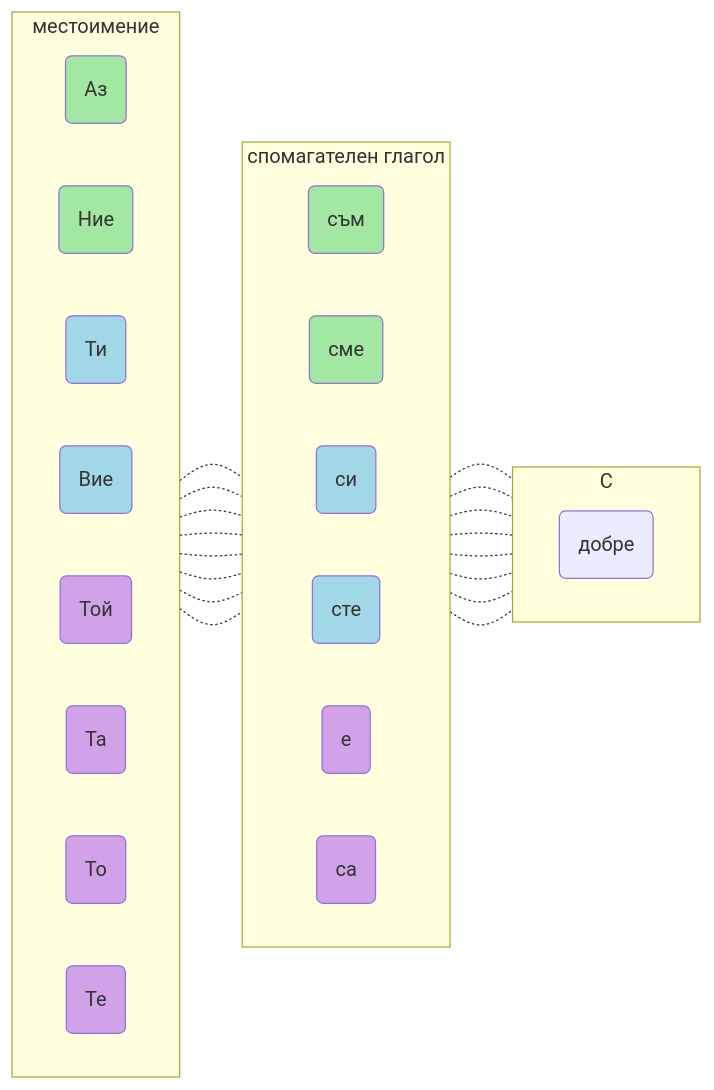
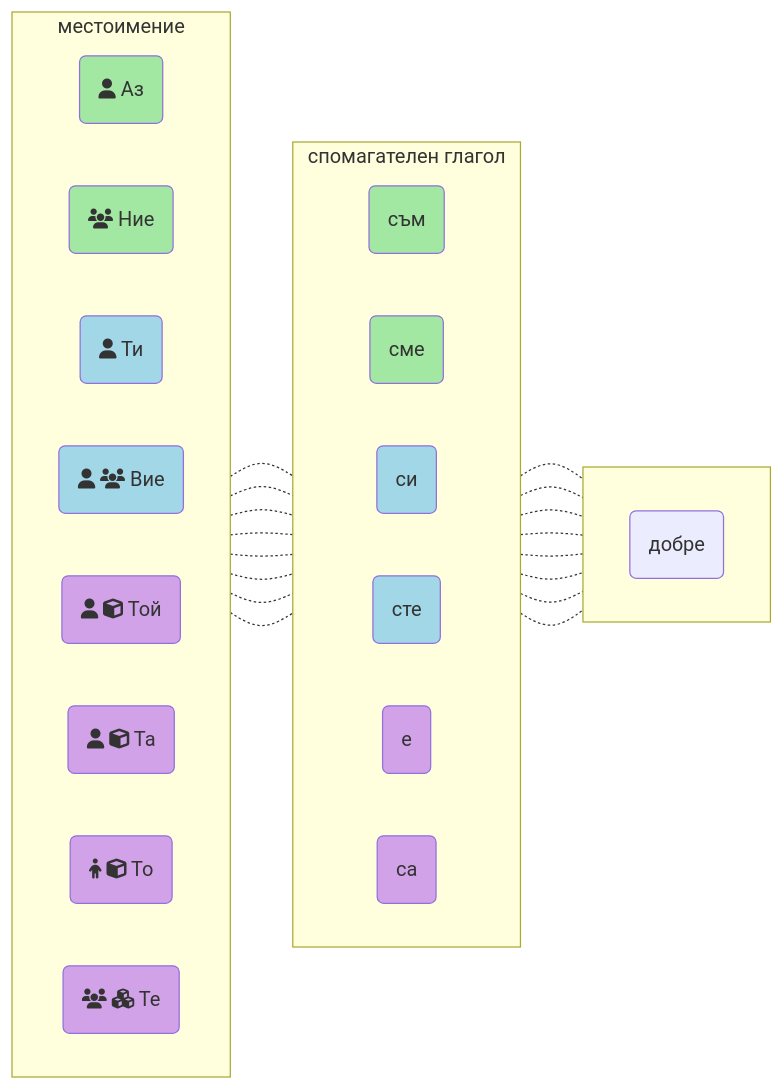
The diagram in basics.md (serge-name/bg-lang), drawn with Mermaid before and after one commit.

````diff
--- a/basics.md
+++ b/basics.md
@@ -1,55 +1,55 @@
 ```mermaid
 flowchart LR
     classDef first fill:#a2e8a2;
     classDef second fill:#a2d7e8;
     classDef third fill:#d1a2e8;
 
-    subgraph "местоимение"
+    subgraph A ["#160; местоимение #160;"]
       direction LR
-      A1(Аз)
-      A2(Ние)
-      A3(Ти)
-      A4(Вие)
-      A5(Той)
-      A6(Та)
-      A7(То)
-      A8(Те)
+      A1(fa:fa-user Аз)
+      A2(fa:fa-users Ние)
+      A3(fa:fa-user Ти)
+      A4(fa:fa-user fa:fa-users Вие)
+      A5(fa:fa-user fa:fa-cube Той)
+      A6(fa:fa-user fa:fa-cube Та)
+      A7(fa:fa-child fa:fa-cube То)
+      A8(fa:fa-users fa:fa-cubes Те)
     end
 
-    subgraph "спомагателен глагол"
+    subgraph B ["#160; спомагателен глагол #160;"]
       direction LR
       B1(съм)
       B2(сме)
       B3(си)
       B4(сте)
       B5(е)
       B8(са)
     end
 
     class A1,A2,B1,B2 first;
     class A3,A4,B3,B4 second;
     class A5,A6,A7,A8,B5,B8 third;
 
-    subgraph C
+    subgraph C ["#160;"]
       direction LR
       C1(добре)
     end
 
     A1-.-B1
     A2-.-B2
     A3-.-B3
     A4-.-B4
     A5-.-B5
     A6-.-B5
     A7-.-B5
     A8-.-B8
 
     B1-.-C1
     B2-.-C1
     B3-.-C1
     B4-.-C1
     B5-.-C1
     B5-.-C1
     B5-.-C1
     B8-.-C1
 ```
````
